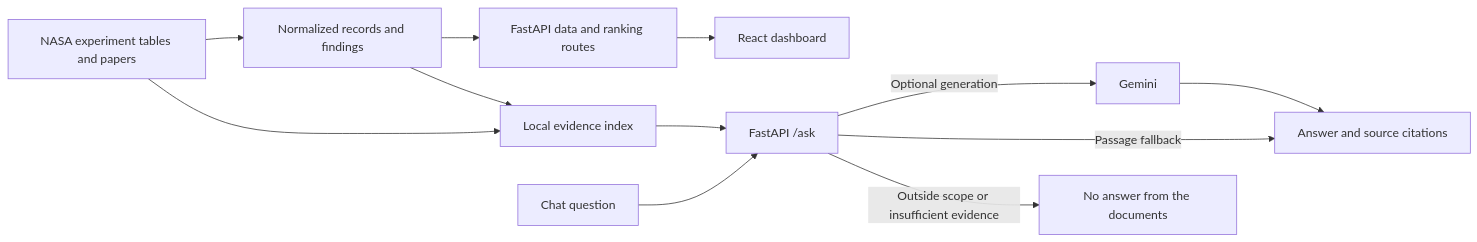
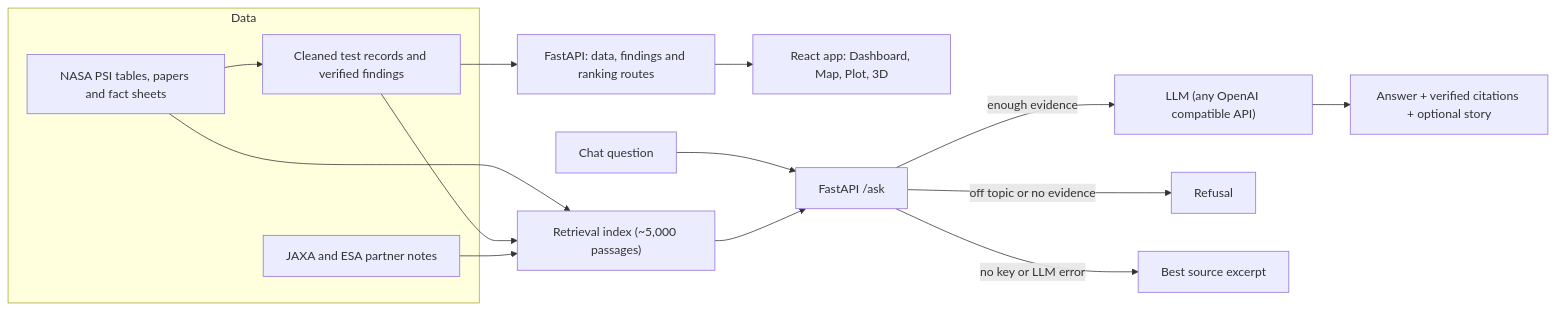
One commit to 8Glitchh/flame-in-freefall changed the first of 2 diagrams in README.md. Above: the diagram before and after it, drawn with Mermaid. The commit also changed other lines of this file, not shown here.

````diff
--- a/README.md
+++ b/README.md
@@ -88,14 +69,20 @@
 ```mermaid
 flowchart LR
-    A["NASA experiment tables and papers"] --> B["Normalized records and findings"]
-    B --> C["FastAPI data and ranking routes"]
-    C --> D["React dashboard"]
-    A --> E["Local evidence index"]
+    subgraph Data
+        A["NASA PSI tables, papers and fact sheets"]
+        P["JAXA and ESA partner notes"]
+        B["Cleaned test records and verified findings"]
+    end
+    A --> B
+    A --> E["Retrieval index (~5,000 passages)"]
     B --> E
+    P --> E
+    B --> C["FastAPI: data, findings and ranking routes"]
+    C --> D["React app: Dashboard, Map, Plot, 3D"]
     F["Chat question"] --> G["FastAPI /ask"]
     E --> G
-    G -->|"Optional generation"| H["Gemini"]
-    H --> I["Answer and source citations"]
-    G -->|"Passage fallback"| I
-    G -->|"Outside scope or insufficient evidence"| J["No answer from the documents"]
+    G -->|"enough evidence"| H["LLM (any OpenAI compatible API)"]
+    H --> I["Answer + verified citations + optional story"]
+    G -->|"off topic or no evidence"| J["Refusal"]
+    G -->|"no key or LLM error"| K["Best source excerpt"]
 ```
````
